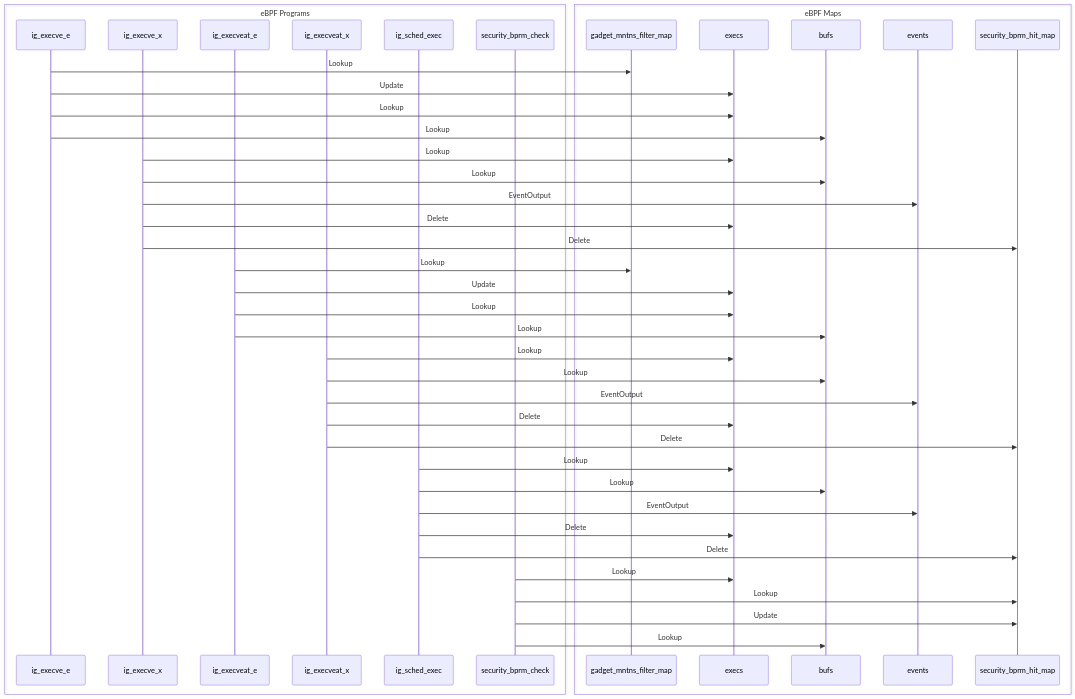
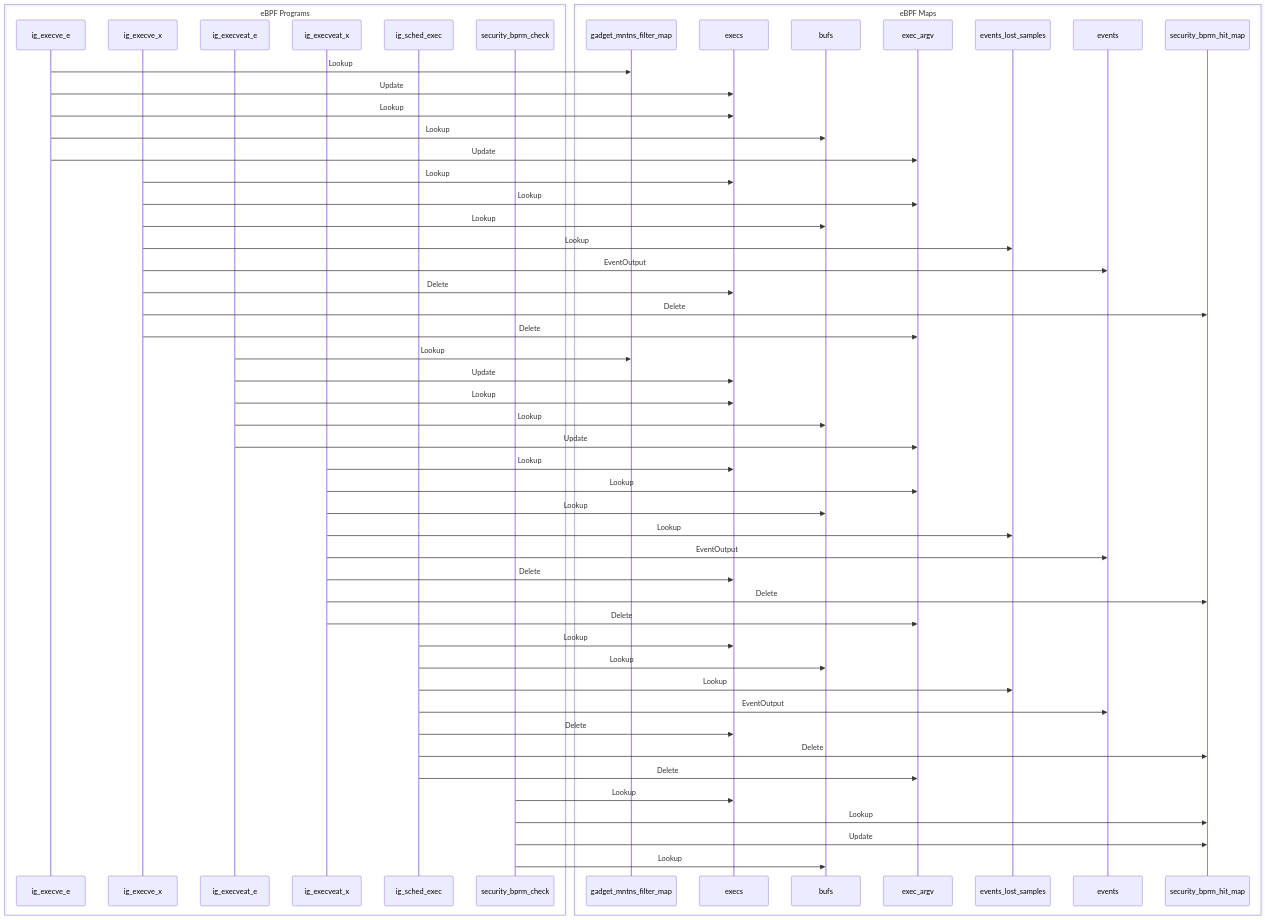
One commit to inspektor-gadget/inspektor-gadget changed the second of 2 diagrams in gadgets/trace_exec/dev.md. Above: the diagram before and after it, drawn with Mermaid. The commit also changed other lines of this file and 1 other file, not shown here.

Commit message:
trace_exec: parse arguments lazily to skip work on successful execs

````diff
--- a/gadgets/trace_exec/dev.md
+++ b/gadgets/trace_exec/dev.md
@@ -49,45 +59,57 @@
 ```mermaid
 sequenceDiagram
 box eBPF Programs
 participant ig_execve_e
 participant ig_execve_x
 participant ig_execveat_e
 participant ig_execveat_x
 participant ig_sched_exec
 participant security_bprm_check
 end
 box eBPF Maps
 participant gadget_mntns_filter_map
 participant execs
 participant bufs
+participant exec_argv
+participant events_lost_samples
 participant events
 participant security_bprm_hit_map
 end
 ig_execve_e->>gadget_mntns_filter_map: Lookup
 ig_execve_e->>execs: Update
 ig_execve_e->>execs: Lookup
 ig_execve_e->>bufs: Lookup
+ig_execve_e->>exec_argv: Update
 ig_execve_x->>execs: Lookup
+ig_execve_x->>exec_argv: Lookup
 ig_execve_x->>bufs: Lookup
+ig_execve_x->>events_lost_samples: Lookup
 ig_execve_x->>events: EventOutput
 ig_execve_x->>execs: Delete
 ig_execve_x->>security_bprm_hit_map: Delete
+ig_execve_x->>exec_argv: Delete
 ig_execveat_e->>gadget_mntns_filter_map: Lookup
 ig_execveat_e->>execs: Update
 ig_execveat_e->>execs: Lookup
 ig_execveat_e->>bufs: Lookup
+ig_execveat_e->>exec_argv: Update
 ig_execveat_x->>execs: Lookup
+ig_execveat_x->>exec_argv: Lookup
 ig_execveat_x->>bufs: Lookup
+ig_execveat_x->>events_lost_samples: Lookup
 ig_execveat_x->>events: EventOutput
 ig_execveat_x->>execs: Delete
 ig_execveat_x->>security_bprm_hit_map: Delete
+ig_execveat_x->>exec_argv: Delete
 ig_sched_exec->>execs: Lookup
 ig_sched_exec->>bufs: Lookup
+ig_sched_exec->>events_lost_samples: Lookup
 ig_sched_exec->>events: EventOutput
 ig_sched_exec->>execs: Delete
 ig_sched_exec->>security_bprm_hit_map: Delete
+ig_sched_exec->>exec_argv: Delete
 security_bprm_check->>execs: Lookup
 security_bprm_check->>security_bprm_hit_map: Lookup
 security_bprm_check->>security_bprm_hit_map: Update
 security_bprm_check->>bufs: Lookup
 ```
````
